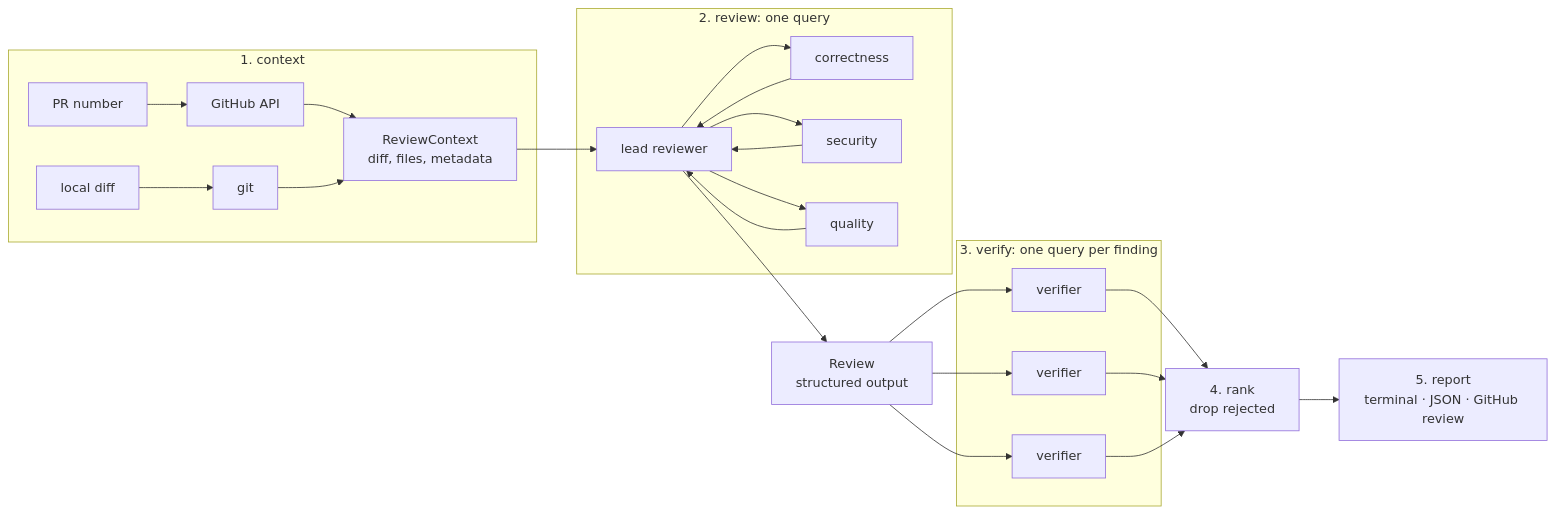
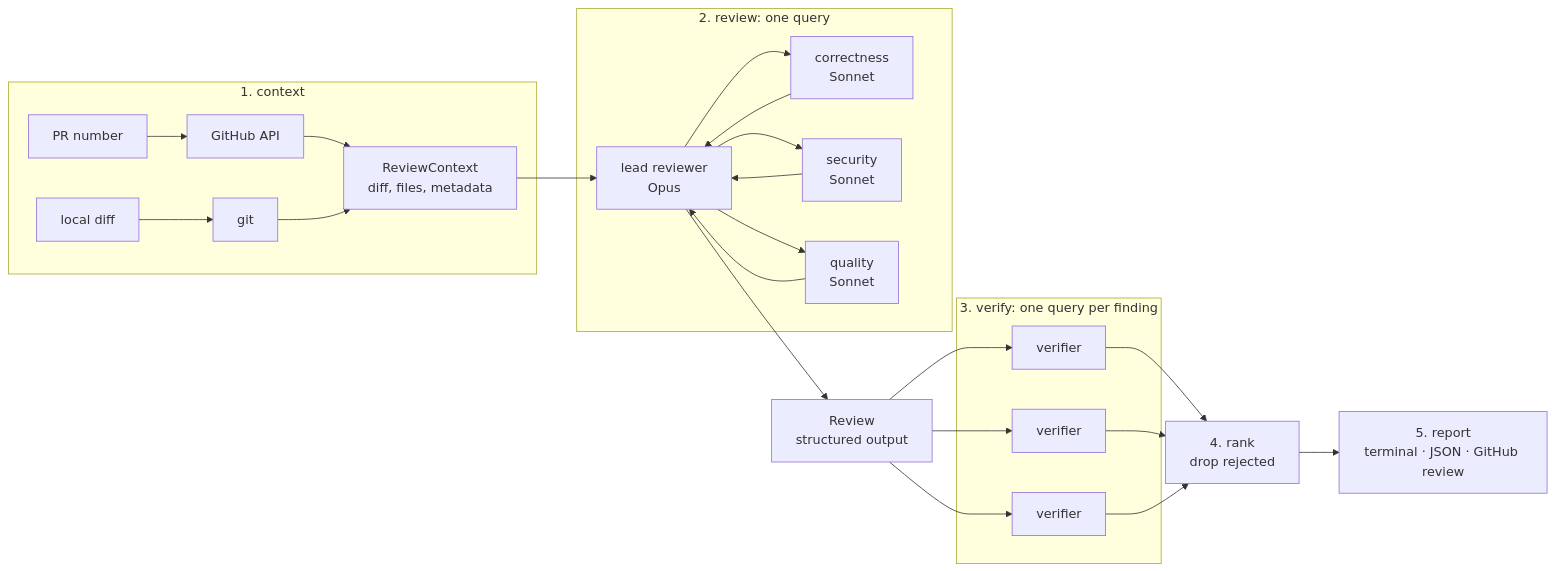
Before and after one commit to hamseabd/argus: the diagram in README.md, drawn with Mermaid. The commit also changed other lines of this file and 4 other files, not shown here.

First line of the commit message:
fix(agent): run the lead on Opus again (#11)

````diff
--- a/README.md
+++ b/README.md
@@ -23,33 +23,33 @@
 ```mermaid
 flowchart LR
     subgraph context[1. context]
         PR[PR number] --> GH[GitHub API]
         LD[local diff] --> GIT[git]
         GH --> CTX[ReviewContext<br/>diff, files, metadata]
         GIT --> CTX
     end
 
     subgraph review[2. review: one query]
-        LEAD[lead reviewer]
-        C[correctness]
-        S[security]
-        Q[quality]
+        LEAD[lead reviewer<br/>Opus]
+        C[correctness<br/>Sonnet]
+        S[security<br/>Sonnet]
+        Q[quality<br/>Sonnet]
         LEAD --> C --> LEAD
         LEAD --> S --> LEAD
         LEAD --> Q --> LEAD
     end
 
     subgraph verify[3. verify: one query per finding]
         V1[verifier]
         V2[verifier]
         V3[verifier]
     end
 
     RANK[4. rank<br/>drop rejected]
     OUT[5. report<br/>terminal · JSON · GitHub review]
 
     CTX --> LEAD
     LEAD --> REV[Review<br/>structured output]
     REV --> V1 & V2 & V3
     V1 & V2 & V3 --> RANK --> OUT
 ```
````
